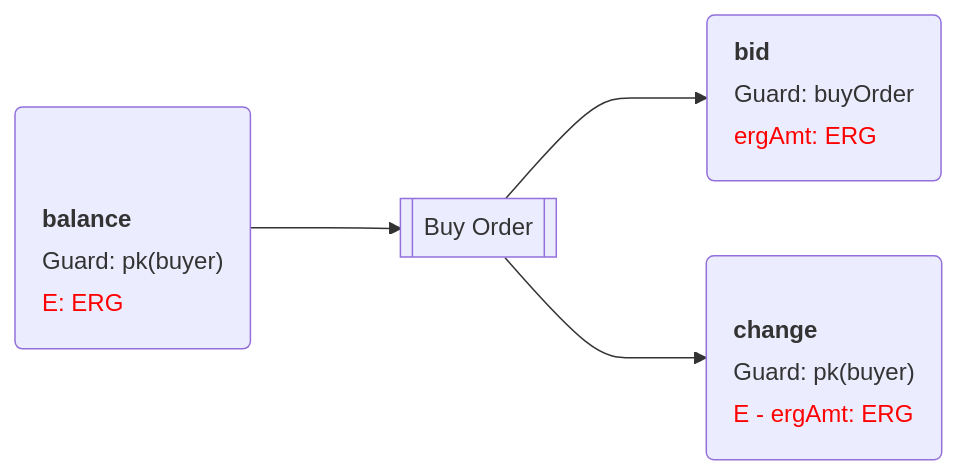
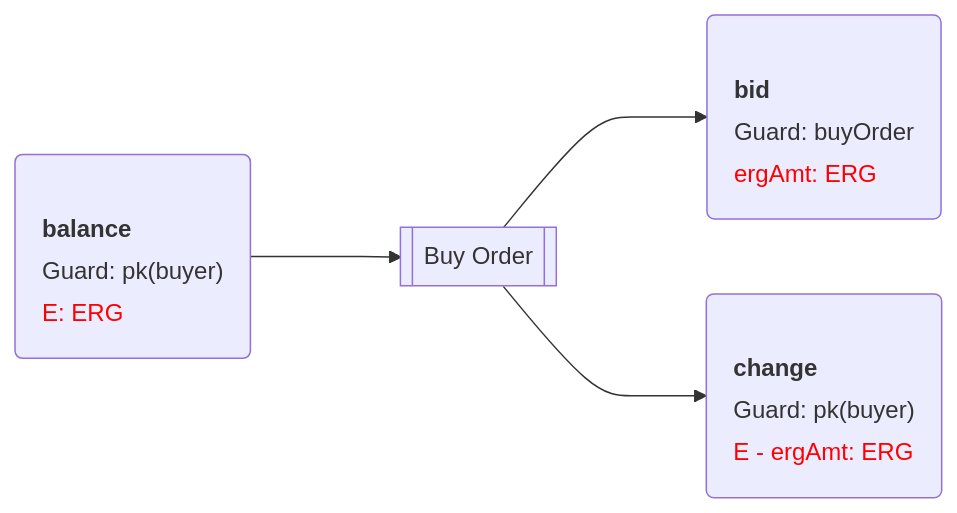
The second of 3 diagrams in ergoscript/example-contracts/dex-flowcard.md (RalfWeiss/ergo-course-summary), drawn with Mermaid before and after one commit. The commit also changed other lines of this file, not shown here.

Commit message:
margin-top samples

````diff
--- a/ergoscript/example-contracts/dex-flowcard.md
+++ b/ergoscript/example-contracts/dex-flowcard.md
@@ -61,34 +61,34 @@
 ```mermaid
 flowchart LR
 
   %% adjust margin-top: lines = 5; margin-top -12ex --> (lines-1) * 3 ex
   %% balance("<table style='text-align:left; margin-top: -12ex; margin-bottom: 0;' > 
-  balance("<table style='text-align:left; margin-top: -6ex; margin-bottom: 0;' > 
+  balance("<table style='text-align:left; margin-top: -9ex; margin-bottom: 0;' > 
     <tr><th '><b>balance</b></th></tr> 
     <tr><td >Guard: pk(buyer)</td></tr> 
     <tr><td style='color:red'>E: ERG</td></tr> 
     </table>  ")
 
   %% adjust margin-top: lines = 5; margin-top -12ex --> (lines-1) * 3 ex
   change("<table style='text-align:left; margin-top: -9ex; margin-bottom: 0;' > 
     <tr><th '><b>change</b></th></tr> 
     <tr><td >Guard: pk(buyer)</td></tr> 
     <tr><td style='color:red'>E - ergAmt: ERG</td></tr> 
     </table>  ")
 
 
   TBo[["Buy Order"]]
 
 
   %% adjust margin-top: lines = 5; margin-top -12ex --> (lines-1) * 3 ex
-  bid("<table style='text-align:left; margin-top: -12ex; margin-bottom: 0;' > 
+  bid("<table style='text-align:left; margin-top: -9ex; margin-bottom: 0;' > 
     <tr><th '><b>bid</b></th></tr> 
     <tr><td >Guard: buyOrder</td></tr> 
     <tr><td style='color:red'>ergAmt: ERG</td></tr> 
     </table>  ")
 
   balance ---> TBo
   TBo ---> bid
   TBo ---> change
 
 ```
````
